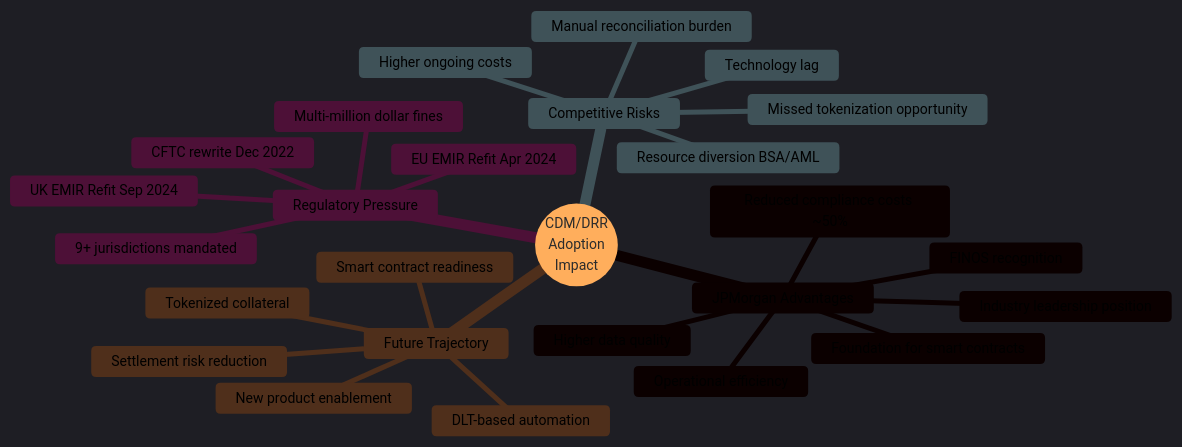
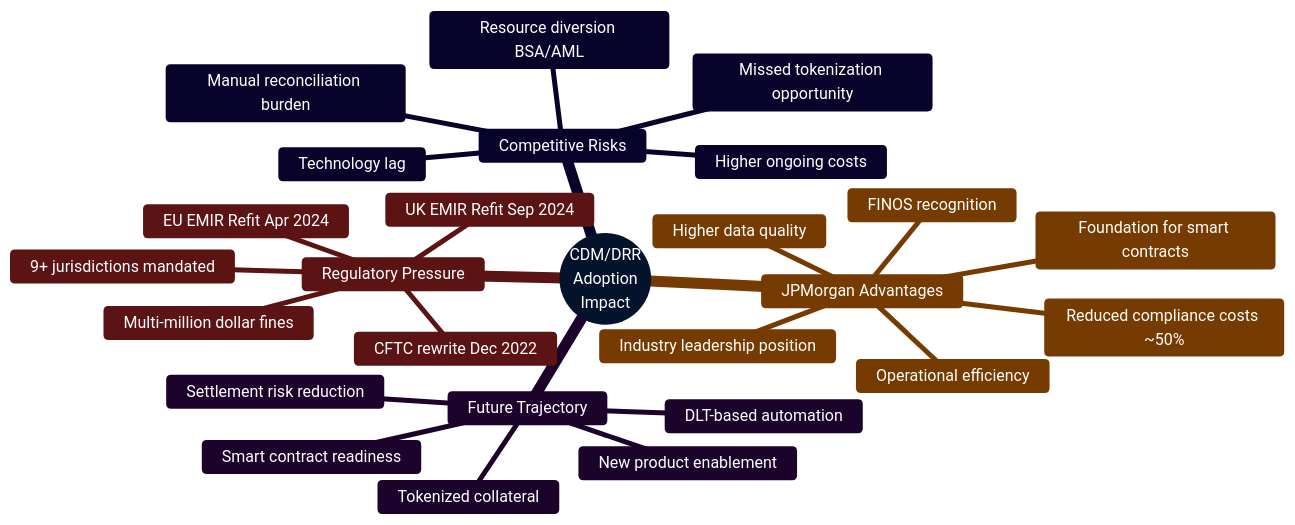
The fourth of 5 diagrams in CDM_DRR_Maturity_Infographic.md (mjpensa/test-mermaid), drawn with Mermaid before and after one commit.

Commit message:
Fix text to white (not black) in Strategic Implications

````diff
--- a/CDM_DRR_Maturity_Infographic.md
+++ b/CDM_DRR_Maturity_Infographic.md
@@ -116,34 +116,34 @@
 ```mermaid
-%%{init: {'theme':'dark', 'themeVariables': { 'darkMode':'true','primaryColor':'#0d47a1','primaryTextColor':'#ffffff','primaryBorderColor':'#ffffff','secondaryColor':'#f57c00','secondaryTextColor':'#ffffff','secondaryBorderColor':'#ffffff','tertiaryColor':'#c62828','tertiaryTextColor':'#ffffff','tertiaryBorderColor':'#ffffff','noteBkgColor':'#0d47a1','noteTextColor':'#ffffff','fontFamily':'arial','fontSize':'14px'}}}%%
+%%{init: {'theme':'base', 'themeVariables': { 'primaryColor':'#0d47a1','primaryTextColor':'#ffffff','lineColor':'#ffffff','primaryBorderColor':'#ffffff','secondaryColor':'#f57c00','secondaryTextColor':'#ffffff','tertiaryColor':'#c62828','tertiaryTextColor':'#ffffff','mainBkg':'#0d47a1','textColor':'#ffffff','nodeTextColor':'#ffffff','clusterBkg':'#0d47a1','clusterBorder':'#ffffff','fontFamily':'arial'}}}%%
 
 mindmap
   root((CDM/DRR<br/>Adoption<br/>Impact))
     JPMorgan Advantages
       Reduced compliance costs ~50%
       Higher data quality
       Operational efficiency
       Foundation for smart contracts
       Industry leadership position
       FINOS recognition
     
     Regulatory Pressure
       CFTC rewrite Dec 2022
       EU EMIR Refit Apr 2024
       UK EMIR Refit Sep 2024
       Multi-million dollar fines
       9+ jurisdictions mandated
     
     Competitive Risks
       Technology lag
       Higher ongoing costs
       Manual reconciliation burden
       Missed tokenization opportunity
       Resource diversion BSA/AML
     
     Future Trajectory
       Smart contract readiness
       DLT-based automation
       Tokenized collateral
       Settlement risk reduction
       New product enablement
 ```
````
